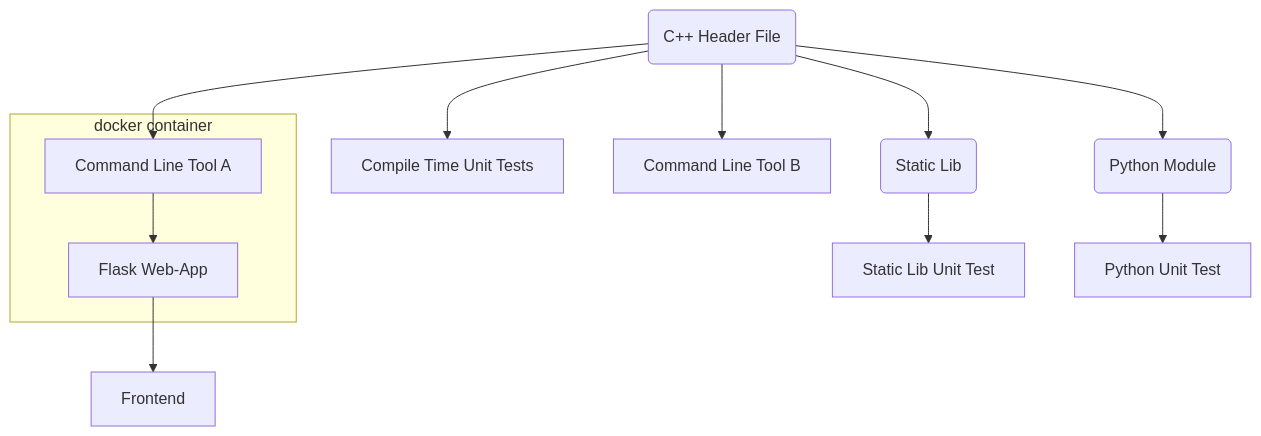
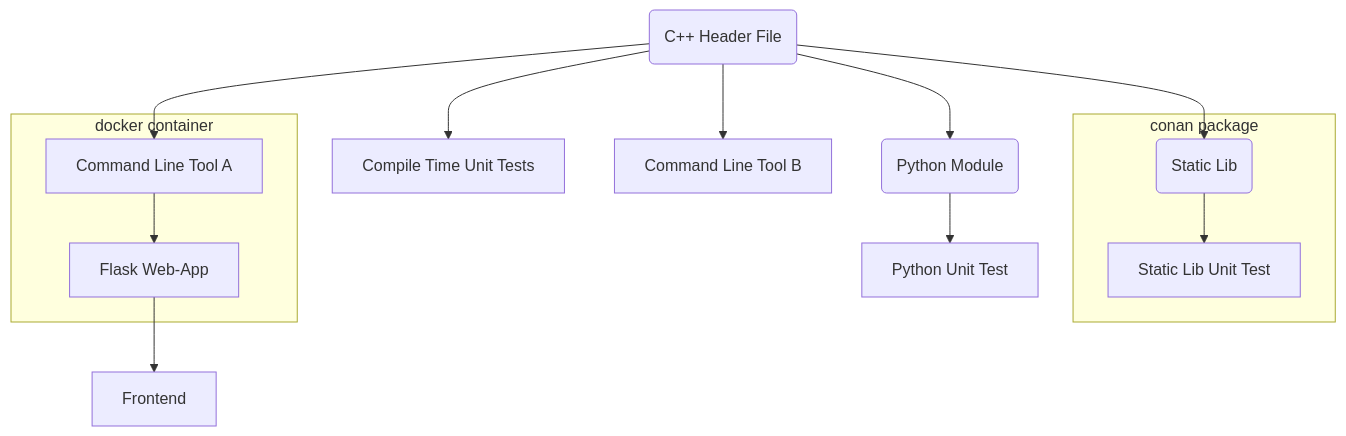
One commit to SebastianBach/full-stack changed the diagram in README.md. Above: the diagram before and after it, drawn with Mermaid. The commit also changed other lines of this file and 1 other file, not shown here.

Commit message:
added conanfile.py for conan package

````diff
--- a/README.md
+++ b/README.md
@@ -21,21 +22,24 @@
 ```mermaid
   flowchart TD;
 
     F(C++ Header File) --> CUT[Compile Time Unit Tests];
 
     F --> CLI1[Command Line Tool A]
     F --> CLI2[Command Line Tool B]
+
     F --> LIB(Static Lib)
+
+    subgraph conan package
     LIB --> LIBTEST[Static Lib Unit Test]
+    end
 
     F --> PY(Python Module)
-
 
     subgraph docker container
     CLI1 --> SERVER[Flask Web-App]
     end
 
     SERVER --> FRONT[Frontend]
     PY --> PYTEST[Python Unit Test]
 
 ```
````
